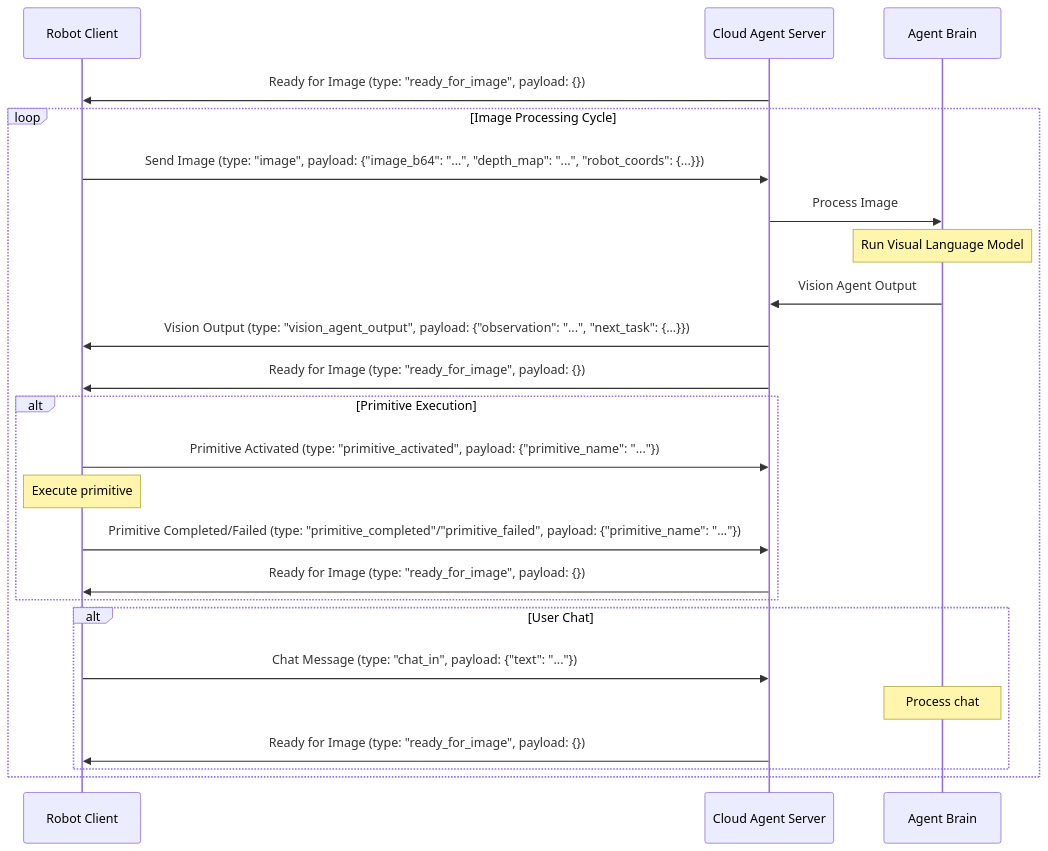
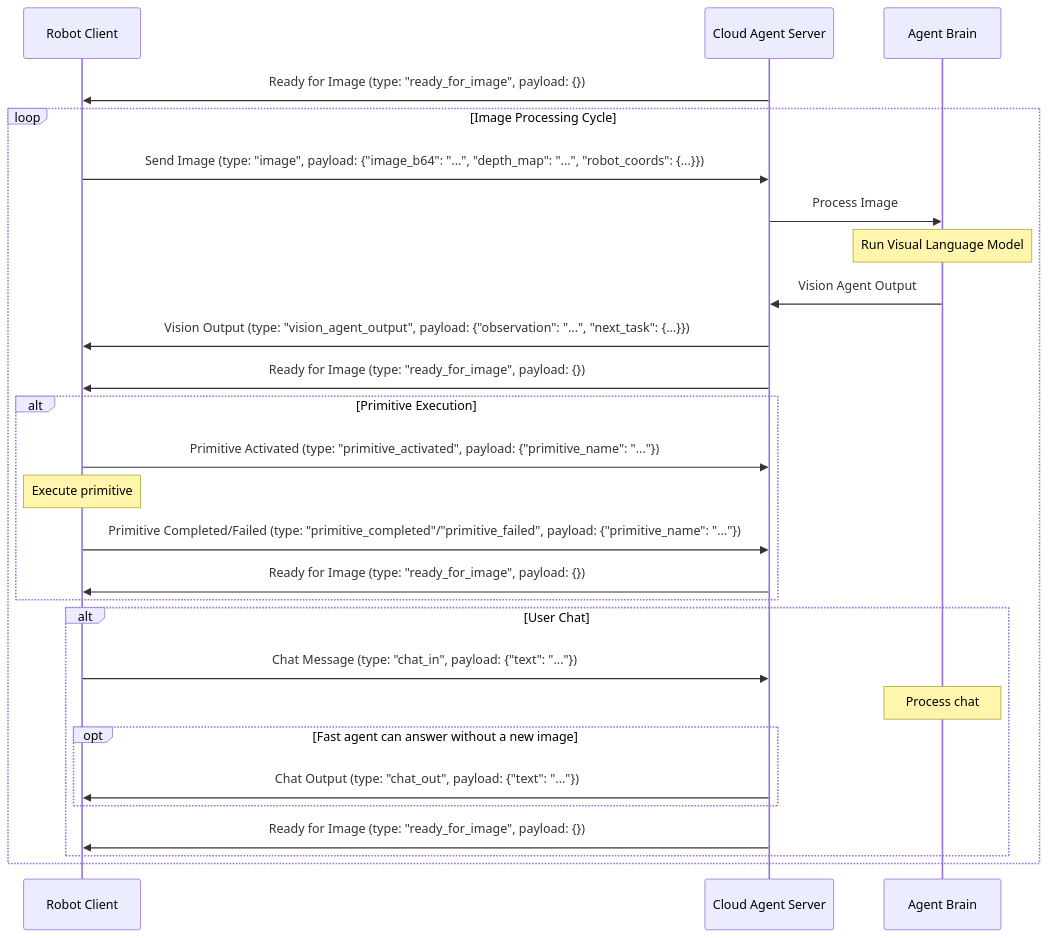
Before and after one commit to innate-inc/innate-cloud-agent: the second of 2 diagrams in README.md, drawn with Mermaid. The commit also changed other lines of this file and 4 other files, not shown here.

````diff
--- a/README.md
+++ b/README.md
@@ -141,30 +141,33 @@
 ```mermaid
 sequenceDiagram
     participant Client as Robot Client
     participant Server as Cloud Agent Server
     participant Brain as Agent Brain
     
     Server->>Client: Ready for Image (type: "ready_for_image", payload: {})
     
     loop Image Processing Cycle
         Client->>Server: Send Image (type: "image", payload: {"image_b64": "...", "depth_map": "...", "robot_coords": {...}})
         Server->>Brain: Process Image
         Note over Brain: Run Visual Language Model
         Brain->>Server: Vision Agent Output
         Server->>Client: Vision Output (type: "vision_agent_output", payload: {"observation": "...", "next_task": {...}})
         Server->>Client: Ready for Image (type: "ready_for_image", payload: {})
         
         alt Primitive Execution
             Client->>Server: Primitive Activated (type: "primitive_activated", payload: {"primitive_name": "..."})
             Note over Client: Execute primitive
             Client->>Server: Primitive Completed/Failed (type: "primitive_completed"/"primitive_failed", payload: {"primitive_name": "..."})
             Server->>Client: Ready for Image (type: "ready_for_image", payload: {})
         end
         
         alt User Chat
             Client->>Server: Chat Message (type: "chat_in", payload: {"text": "..."})
             Note over Brain: Process chat
+            opt Fast agent can answer without a new image
+                Server->>Client: Chat Output (type: "chat_out", payload: {"text": "..."})
+            end
             Server->>Client: Ready for Image (type: "ready_for_image", payload: {})
         end
     end
 ```
````
